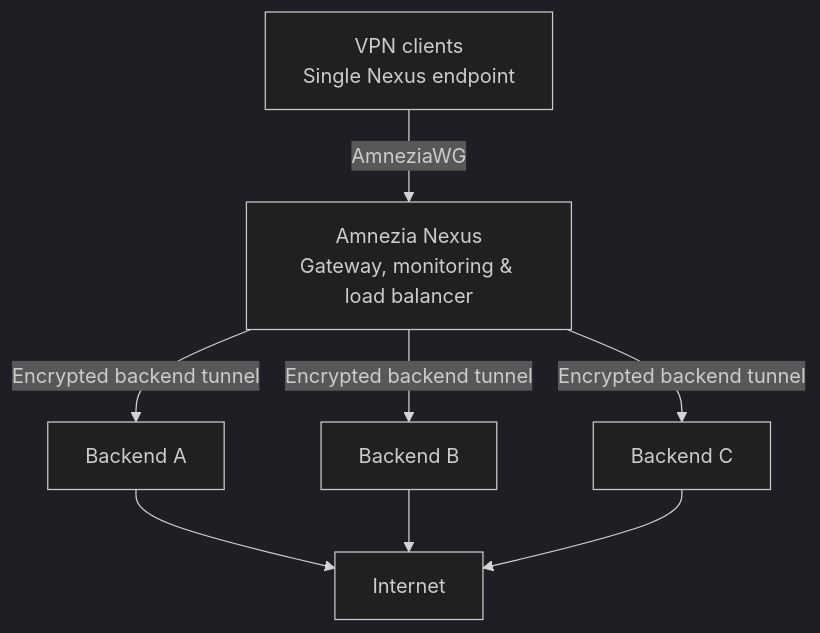
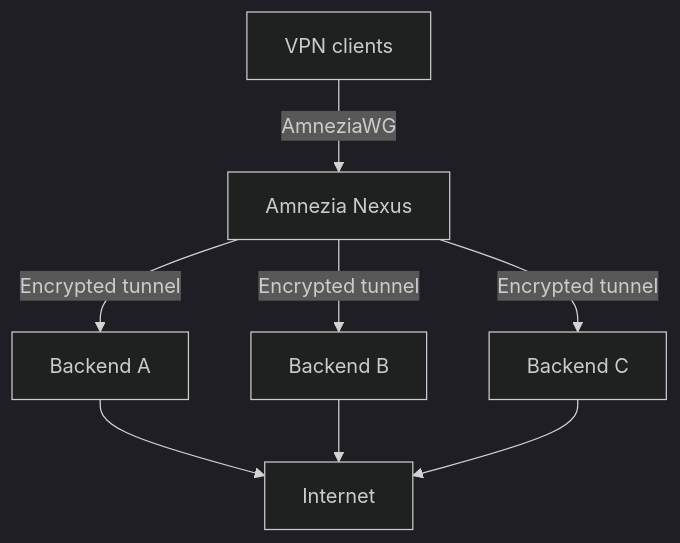
Before and after one commit to devops-igor/amnezia-nexus: the diagram in README.md, drawn with Mermaid (dark theme).

Commit message:
docs: simplify Mermaid diagram for reliable GitHub rendering

````diff
--- a/README.md
+++ b/README.md
@@ -60,10 +60,10 @@
 ```mermaid
-flowchart TB
-    client["VPN clients<br/>Single Nexus endpoint"] -->|"AmneziaWG"| nexus["Amnezia Nexus<br/>Gateway, monitoring & load balancer"]
-    nexus -->|"Encrypted backend tunnel"| backendA["Backend A"]
-    nexus -->|"Encrypted backend tunnel"| backendB["Backend B"]
-    nexus -->|"Encrypted backend tunnel"| backendC["Backend C"]
+flowchart TD
+    clients["VPN clients"] -->|"AmneziaWG"| nexus["Amnezia Nexus"]
+    nexus -->|"Encrypted tunnel"| backendA["Backend A"]
+    nexus -->|"Encrypted tunnel"| backendB["Backend B"]
+    nexus -->|"Encrypted tunnel"| backendC["Backend C"]
     backendA --> internet["Internet"]
     backendB --> internet
     backendC --> internet
 ```
````
